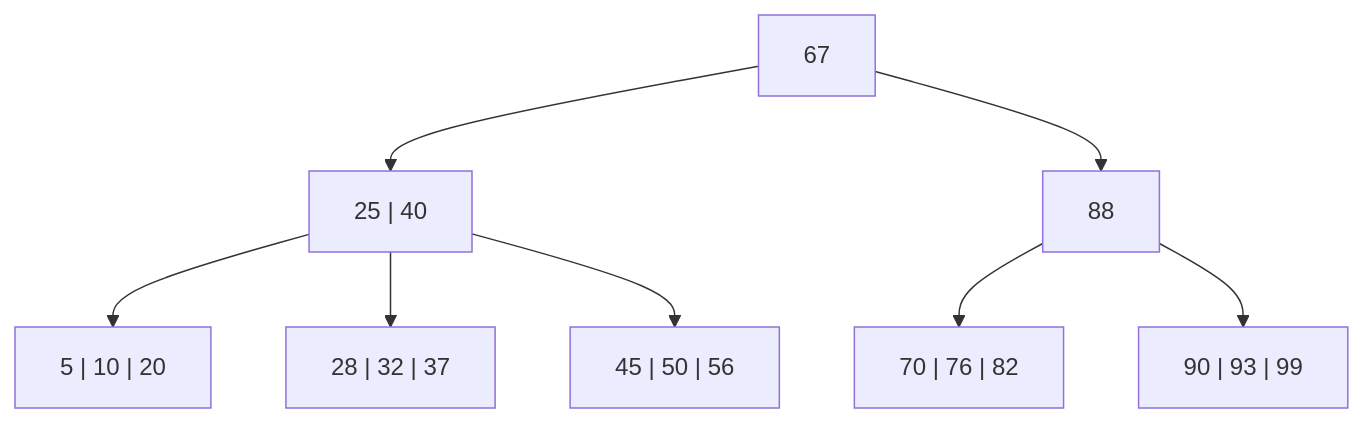
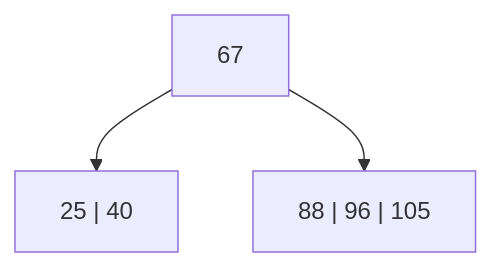
Before and after one commit to releasehim/atic: the first of 24 diagrams in 2/fod/teoria/arboles_b.md, drawn with Mermaid. The commit also changed other lines of this file and 2 other files, not shown here.

````diff
--- a/2/fod/teoria/arboles_b.md
+++ b/2/fod/teoria/arboles_b.md
@@ -35,18 +49,8 @@
 ```mermaid
 flowchart TD
     R["67"]
     A["25 | 40"]
-    B["88"]
-    L1["5 | 10 | 20"]
-    L2["28 | 32 | 37"]
-    L3["45 | 50 | 56"]
-    L4["70 | 76 | 82"]
-    L5["90 | 93 | 99"]
+    B["88 | 96 | 105"]
     R --> A
     R --> B
-    A --> L1
-    A --> L2
-    A --> L3
-    B --> L4
-    B --> L5
 ```
````
